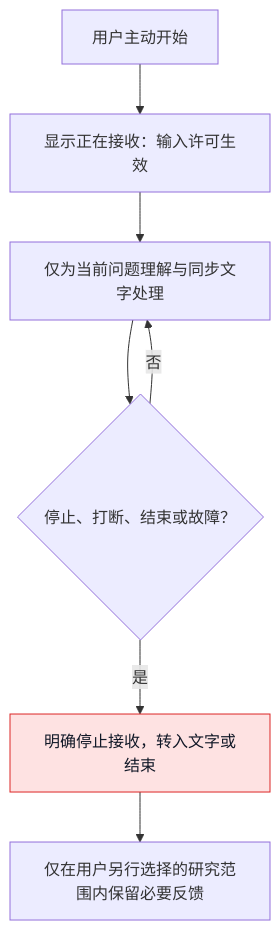
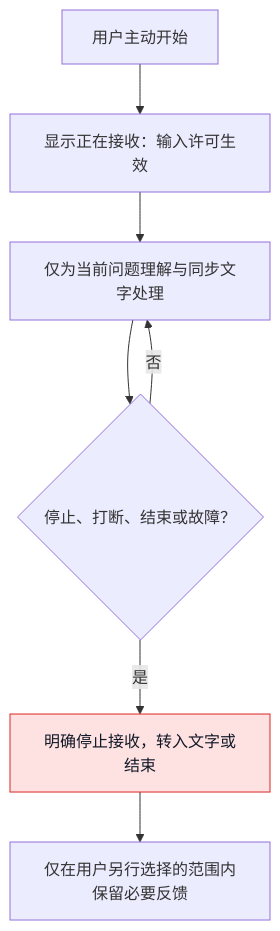
One commit to weiz98417-crypto/qiuqiu changed the fifth of 6 diagrams in docs/球球全套资料/4.产品设计/26-语音打断、重连与降级体验设计.md. Above: the diagram before and after it, drawn with Mermaid. The commit also changed other lines of this file and 49 other files, not shown here.

````diff
--- a/docs/球球全套资料/4.产品设计/26-语音打断、重连与降级体验设计.md
+++ b/docs/球球全套资料/4.产品设计/26-语音打断、重连与降级体验设计.md
@@ -658,12 +437,12 @@
 ```mermaid
 flowchart TD
     A[用户主动开始] --> B[显示正在接收：输入许可生效]
     B --> C[仅为当前问题理解与同步文字处理]
     C --> D{停止、打断、结束或故障？}
     D -->|是| E[明确停止接收，转入文字或结束]
     D -->|否| C
-    E --> F[仅在用户另行选择的研究范围内保留必要反馈]
+    E --> F[仅在用户另行选择的范围内保留必要反馈]
 
     classDef stop fill:#fee2e2,stroke:#dc2626,color:#111827;
     class E stop;
 ```
````
